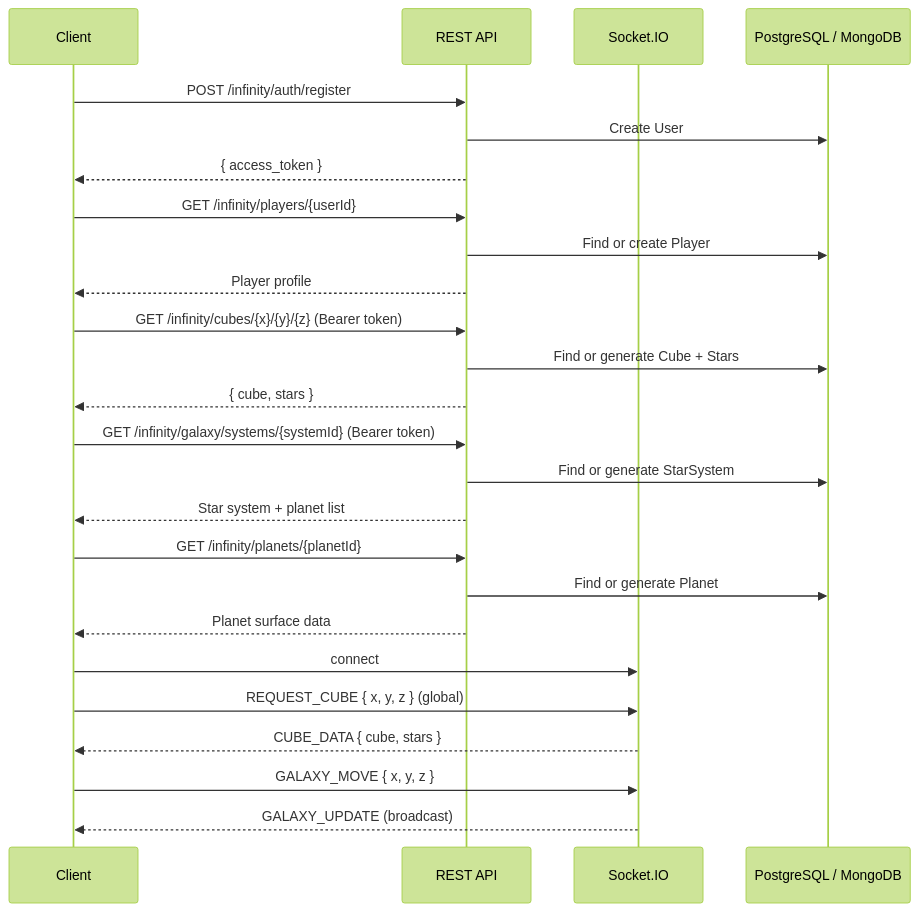
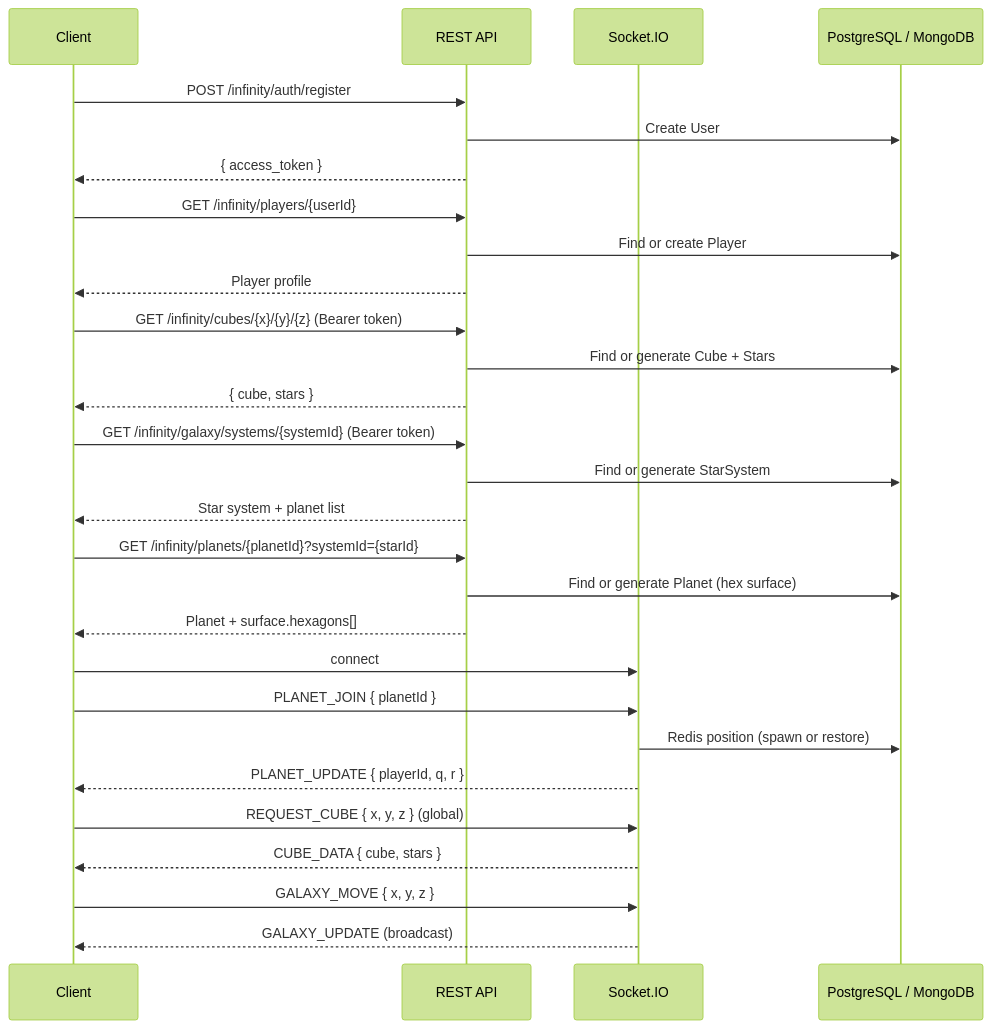
One commit to v-rossignol/infinity changed the diagram in documentation/infinity-api.md. Above: the diagram before and after it, drawn with Mermaid (forest theme). The commit also changed other lines of this file and 24 other files, not shown here.

````diff
--- a/documentation/infinity-api.md
+++ b/documentation/infinity-api.md
@@ -917,34 +1021,37 @@
 ```mermaid
 sequenceDiagram
   participant Client
   participant REST as REST API
   participant WS as Socket.IO
   participant DB as PostgreSQL / MongoDB
 
   Client->>REST: POST /infinity/auth/register
   REST->>DB: Create User
   REST-->>Client: { access_token }
 
   Client->>REST: GET /infinity/players/{userId}
   REST->>DB: Find or create Player
   REST-->>Client: Player profile
 
   Client->>REST: GET /infinity/cubes/{x}/{y}/{z} (Bearer token)
   REST->>DB: Find or generate Cube + Stars
   REST-->>Client: { cube, stars }
 
   Client->>REST: GET /infinity/galaxy/systems/{systemId} (Bearer token)
   REST->>DB: Find or generate StarSystem
   REST-->>Client: Star system + planet list
 
-  Client->>REST: GET /infinity/planets/{planetId}
-  REST->>DB: Find or generate Planet
-  REST-->>Client: Planet surface data
+  Client->>REST: GET /infinity/planets/{planetId}?systemId={starId}
+  REST->>DB: Find or generate Planet (hex surface)
+  REST-->>Client: Planet + surface.hexagons[]
 
   Client->>WS: connect
+  Client->>WS: PLANET_JOIN { planetId }
+  WS->>DB: Redis position (spawn or restore)
+  WS-->>Client: PLANET_UPDATE { playerId, q, r }
   Client->>WS: REQUEST_CUBE { x, y, z } (global)
   WS-->>Client: CUBE_DATA { cube, stars }
 
   Client->>WS: GALAXY_MOVE { x, y, z }
   WS-->>Client: GALAXY_UPDATE (broadcast)
 ```
````
